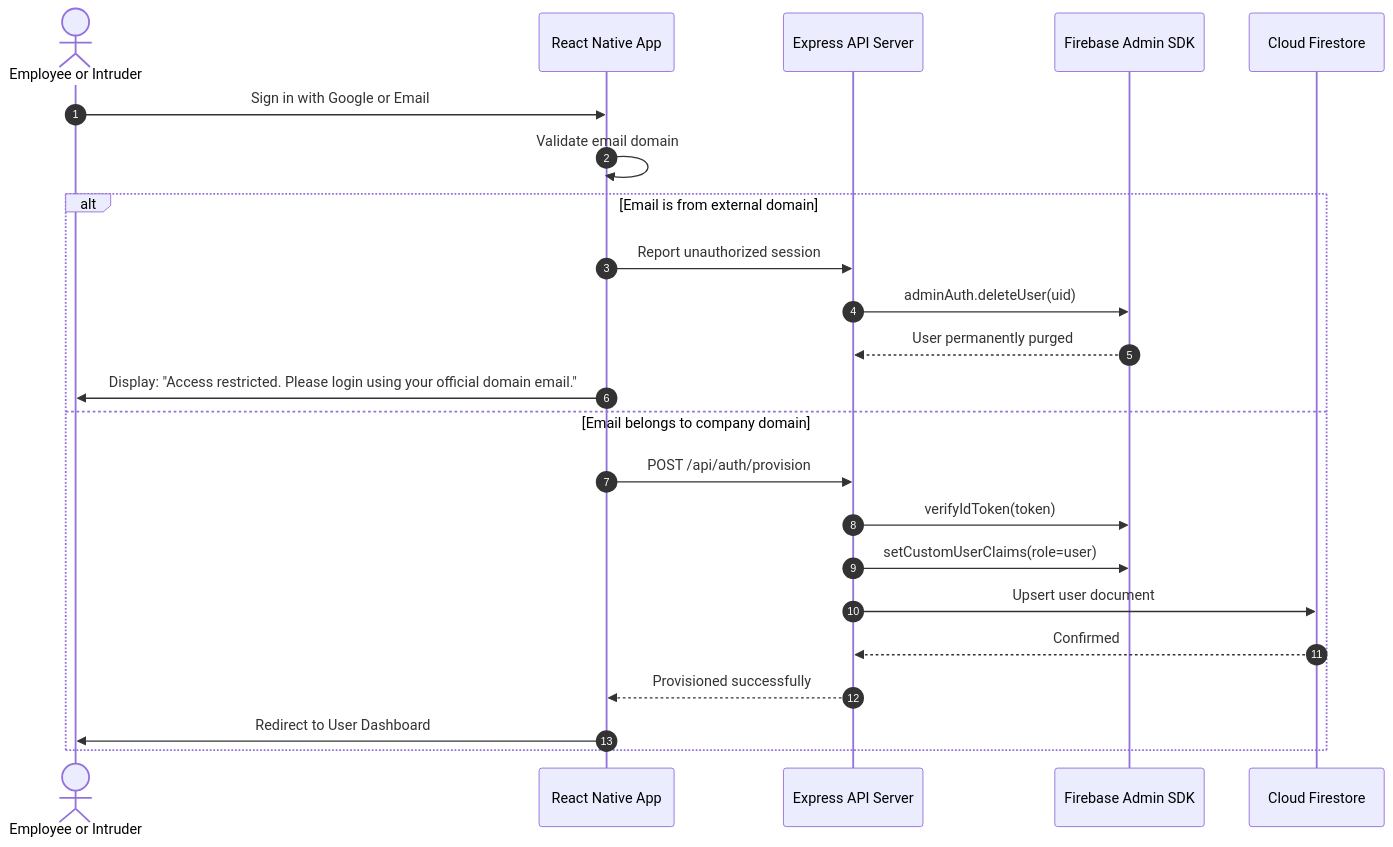
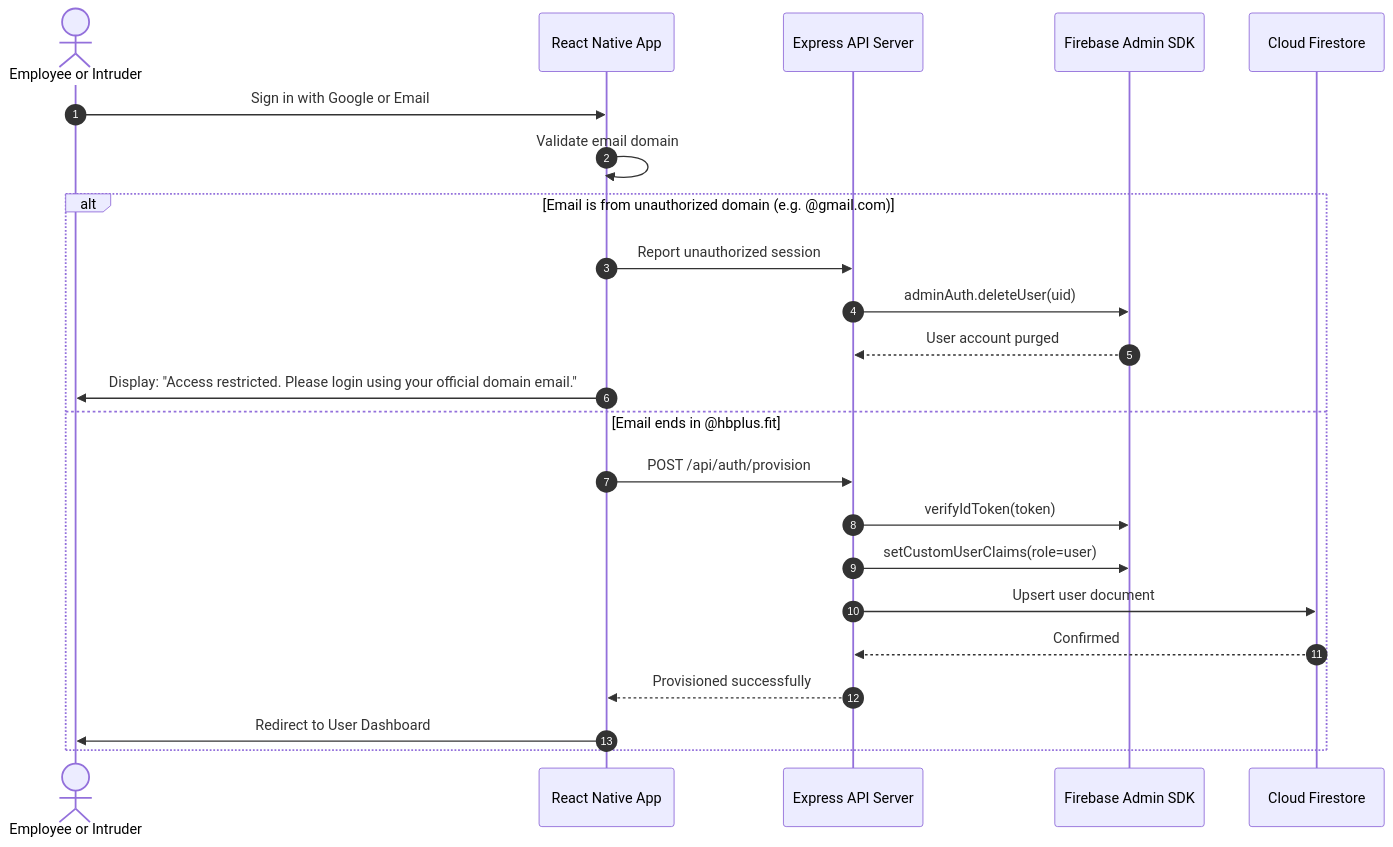
One commit to vishalkhadatare/HBPlus.Assesment changed the second of 2 diagrams in README.md. Above: the diagram before and after it, drawn with Mermaid. The commit also changed other lines of this file, not shown here.

````diff
--- a/README.md
+++ b/README.md
@@ -289,26 +174,26 @@
 ```mermaid
 sequenceDiagram
     autonumber
     actor Employee as Employee or Intruder
     participant Client as React Native App
     participant API as Express API Server
     participant AdminSDK as Firebase Admin SDK
     participant Firestore as Cloud Firestore
 
     Employee->>Client: Sign in with Google or Email
     Client->>Client: Validate email domain
-    alt Email is from external domain
+    alt Email is from unauthorized domain (e.g. @gmail.com)
         Client->>API: Report unauthorized session
         API->>AdminSDK: adminAuth.deleteUser(uid)
-        AdminSDK-->>API: User permanently purged
+        AdminSDK-->>API: User account purged
         Client->>Employee: Display: "Access restricted. Please login using your official domain email."
-    else Email belongs to company domain
+    else Email ends in @hbplus.fit
         Client->>API: POST /api/auth/provision
         API->>AdminSDK: verifyIdToken(token)
         API->>AdminSDK: setCustomUserClaims(role=user)
         API->>Firestore: Upsert user document
         Firestore-->>API: Confirmed
         API-->>Client: Provisioned successfully
         Client->>Employee: Redirect to User Dashboard
     end
 ```
````
